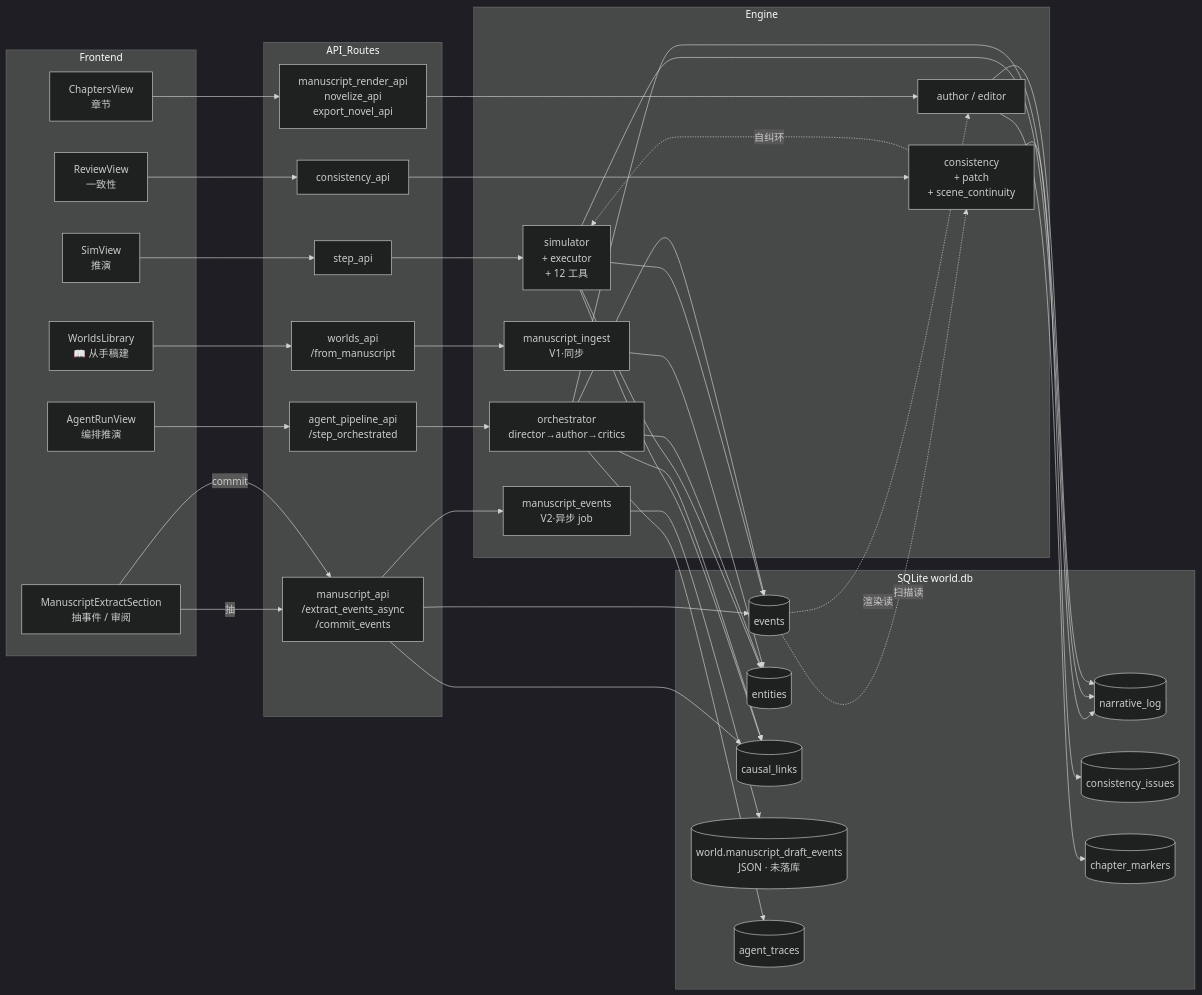
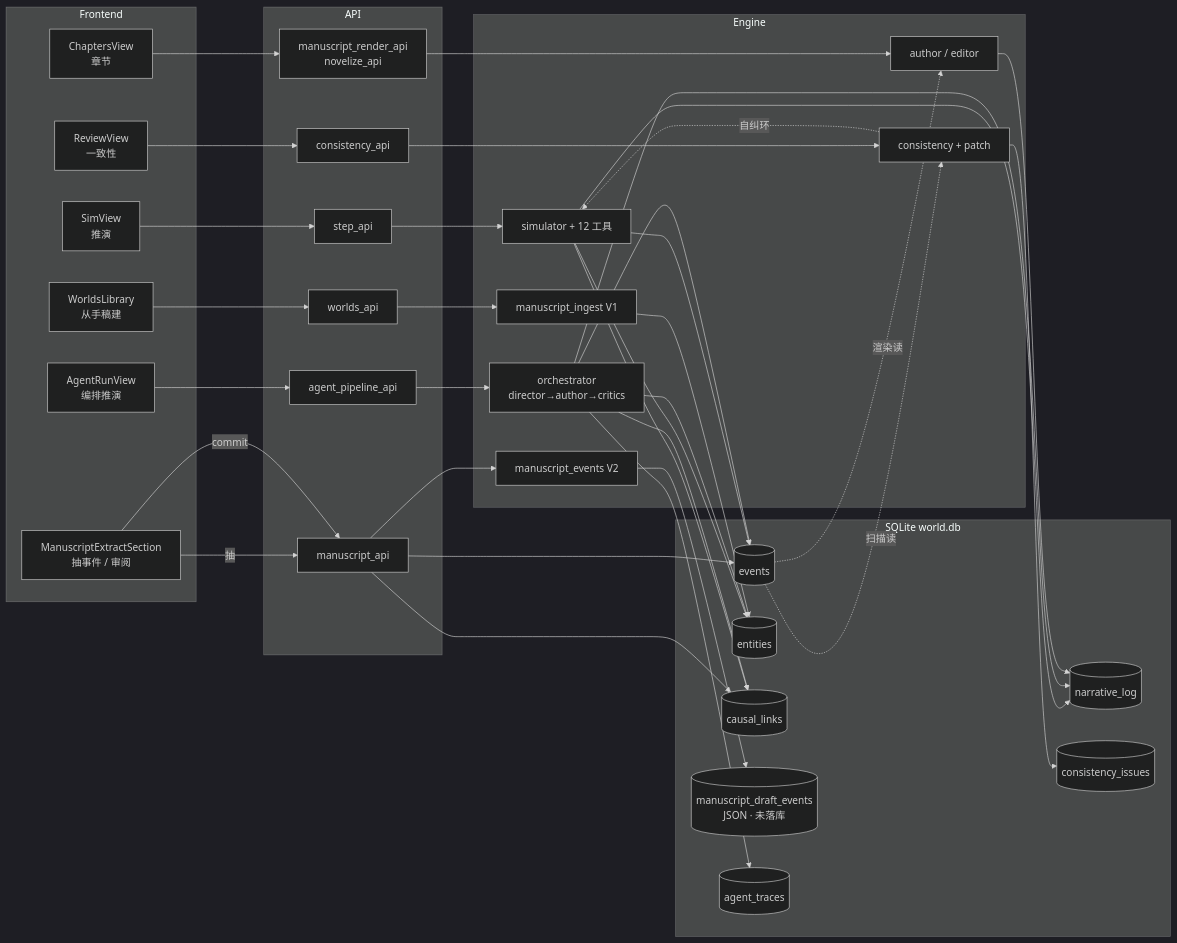
Before and after one commit to PrayLarwence/qianjuange: the first of 2 diagrams in README.md, drawn with Mermaid (dark theme). The commit also changed other lines of this file, not shown here.

````diff
--- a/README.md
+++ b/README.md
@@ -274,61 +183,60 @@
 ```mermaid
 flowchart LR
     subgraph Frontend
         SimView[SimView<br/>推演]
         AgentV[AgentRunView<br/>编排推演]
-        WLib[WorldsLibrary<br/>📖 从手稿建]
+        WLib[WorldsLibrary<br/>从手稿建]
         MES[ManuscriptExtractSection<br/>抽事件 / 审阅]
         Review[ReviewView<br/>一致性]
         Chap[ChaptersView<br/>章节]
     end
 
-    subgraph API_Routes
+    subgraph API
         StepA[step_api]
-        AgentA[agent_pipeline_api<br/>/step_orchestrated]
-        WorldA[worlds_api<br/>/from_manuscript]
-        MA[manuscript_api<br/>/extract_events_async<br/>/commit_events]
+        AgentA[agent_pipeline_api]
+        WorldA[worlds_api]
+        MA[manuscript_api]
         ConsA[consistency_api]
-        RenderA[manuscript_render_api<br/>novelize_api<br/>export_novel_api]
+        RenderA[manuscript_render_api<br/>novelize_api]
     end
 
     subgraph Engine
-        Sim[simulator<br/>+ executor<br/>+ 12 工具]
+        Sim[simulator + 12 工具]
         Orch[orchestrator<br/>director→author→critics]
-        V1[manuscript_ingest<br/>V1·同步]
-        V2[manuscript_events<br/>V2·异步 job]
-        Cons[consistency<br/>+ patch<br/>+ scene_continuity]
+        V1[manuscript_ingest V1]
+        V2[manuscript_events V2]
+        Cons[consistency + patch]
         Author[author / editor]
     end
 
     subgraph DB[SQLite world.db]
         EvT[(events)]
         EnT[(entities)]
         CL[(causal_links)]
         NL[(narrative_log)]
-        Draft[(world.manuscript_draft_events<br/>JSON · 未落库)]
+        Draft[(manuscript_draft_events<br/>JSON · 未落库)]
         Iss[(consistency_issues)]
-        CM[(chapter_markers)]
         AT[(agent_traces)]
     end
 
     SimView --> StepA --> Sim
     Sim --> EvT & EnT & CL & NL
 
     AgentV --> AgentA --> Orch
     Orch --> EvT & EnT & CL & NL & AT
 
     WLib --> WorldA --> V1
     V1 --> EnT
 
     MES -- 抽 --> MA --> V2 --> Draft
     MES -- commit --> MA --> EvT & CL
 
     Review --> ConsA --> Cons --> Iss
     Cons -. 自纠环 .-> Sim
 
     Chap --> RenderA --> Author
-    Author --> NL & CM
+    Author --> NL
 
     EvT -. 渲染读 .-> Author
     EvT -. 扫描读 .-> Cons
 ```
````
